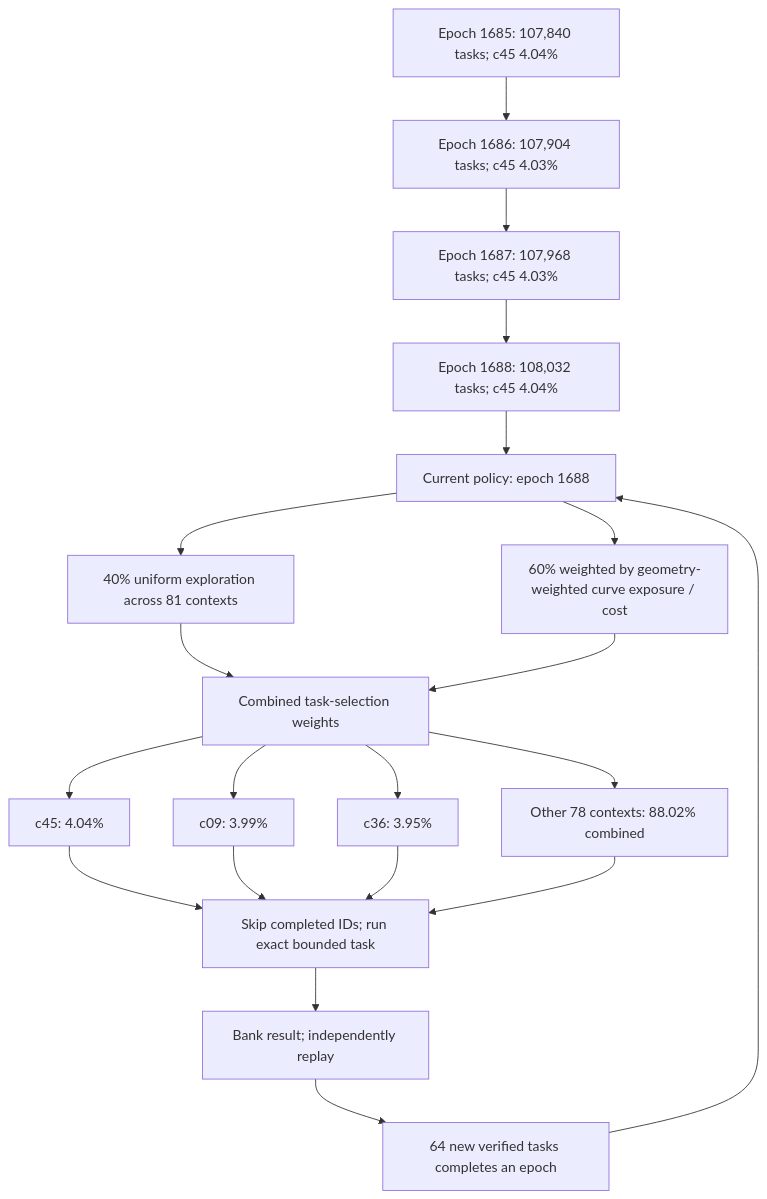
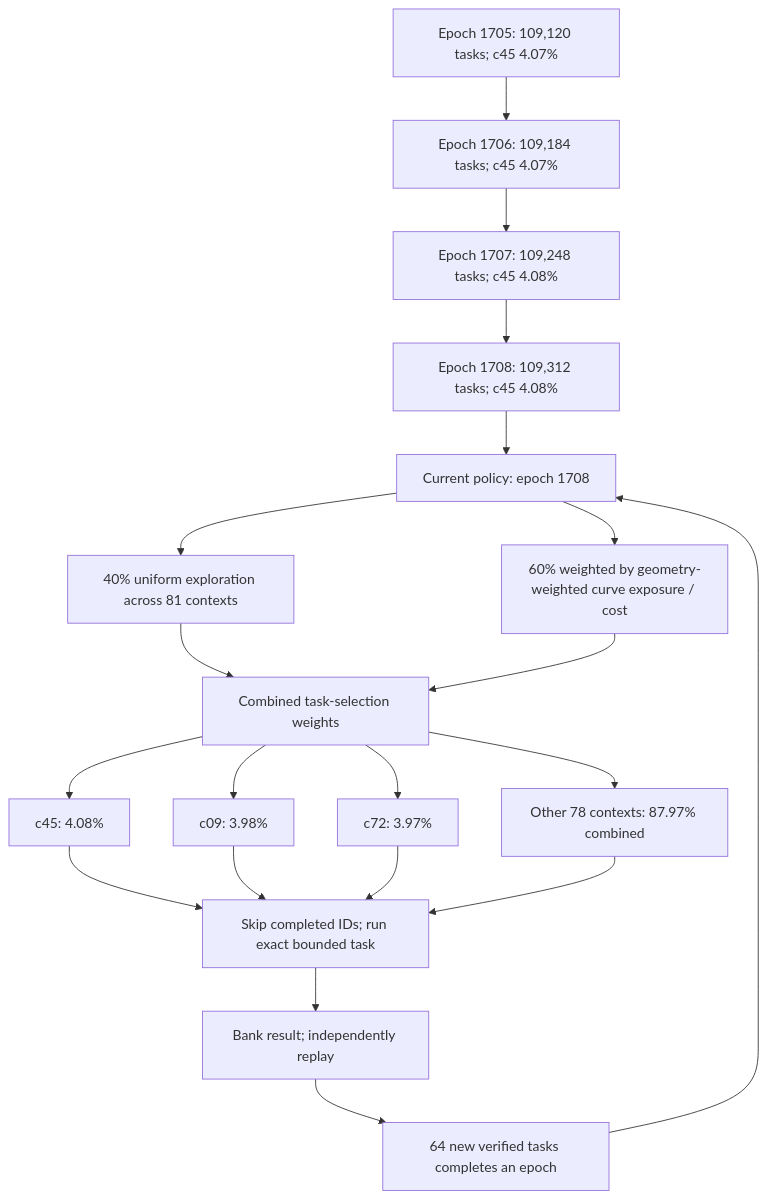
The first of 3 diagrams in README.md (Kuberwastaken/math-gambling), drawn with Mermaid before and after one commit. The commit also changed other lines of this file and 2633 other files, not shown here.

````diff
--- a/README.md
+++ b/README.md
@@ -56,27 +56,27 @@
 ```mermaid
 flowchart TD
-    H0["Epoch 1685: 107,840 tasks; c45 4.04%"]
-    H1["Epoch 1686: 107,904 tasks; c45 4.03%"]
+    H0["Epoch 1705: 109,120 tasks; c45 4.07%"]
+    H1["Epoch 1706: 109,184 tasks; c45 4.07%"]
     H0 --> H1
-    H2["Epoch 1687: 107,968 tasks; c45 4.03%"]
+    H2["Epoch 1707: 109,248 tasks; c45 4.08%"]
     H1 --> H2
-    H3["Epoch 1688: 108,032 tasks; c45 4.04%"]
+    H3["Epoch 1708: 109,312 tasks; c45 4.08%"]
     H2 --> H3
-    Policy["Current policy: epoch 1688"]
+    Policy["Current policy: epoch 1708"]
     H3 --> Policy
     Policy --> Explore["40% uniform exploration across 81 contexts"]
     Policy --> Cost["60% weighted by geometry-weighted curve exposure / cost"]
     Explore --> Mix["Combined task-selection weights"]
     Cost --> Mix
-    Mix --> C0["c45: 4.04%"]
-    Mix --> C1["c09: 3.99%"]
-    Mix --> C2["c36: 3.95%"]
-    Mix --> Rest["Other 78 contexts: 88.02% combined"]
+    Mix --> C0["c45: 4.08%"]
+    Mix --> C1["c09: 3.98%"]
+    Mix --> C2["c72: 3.97%"]
+    Mix --> Rest["Other 78 contexts: 87.97% combined"]
     C0 --> Check["Skip completed IDs; run exact bounded task"]
     C1 --> Check
     C2 --> Check
     Rest --> Check
     Check --> Replay["Bank result; independently replay"]
     Replay --> Gate["64 new verified tasks completes an epoch"]
     Gate --> Policy
 ```
````
